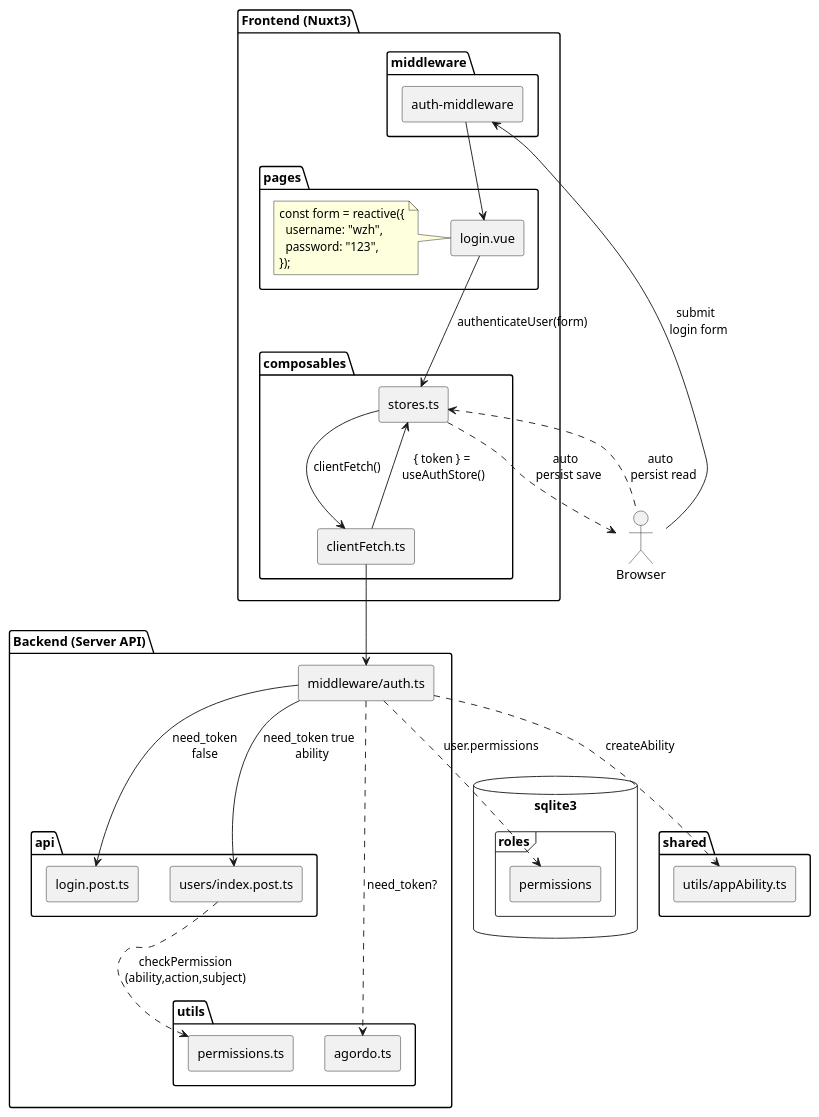
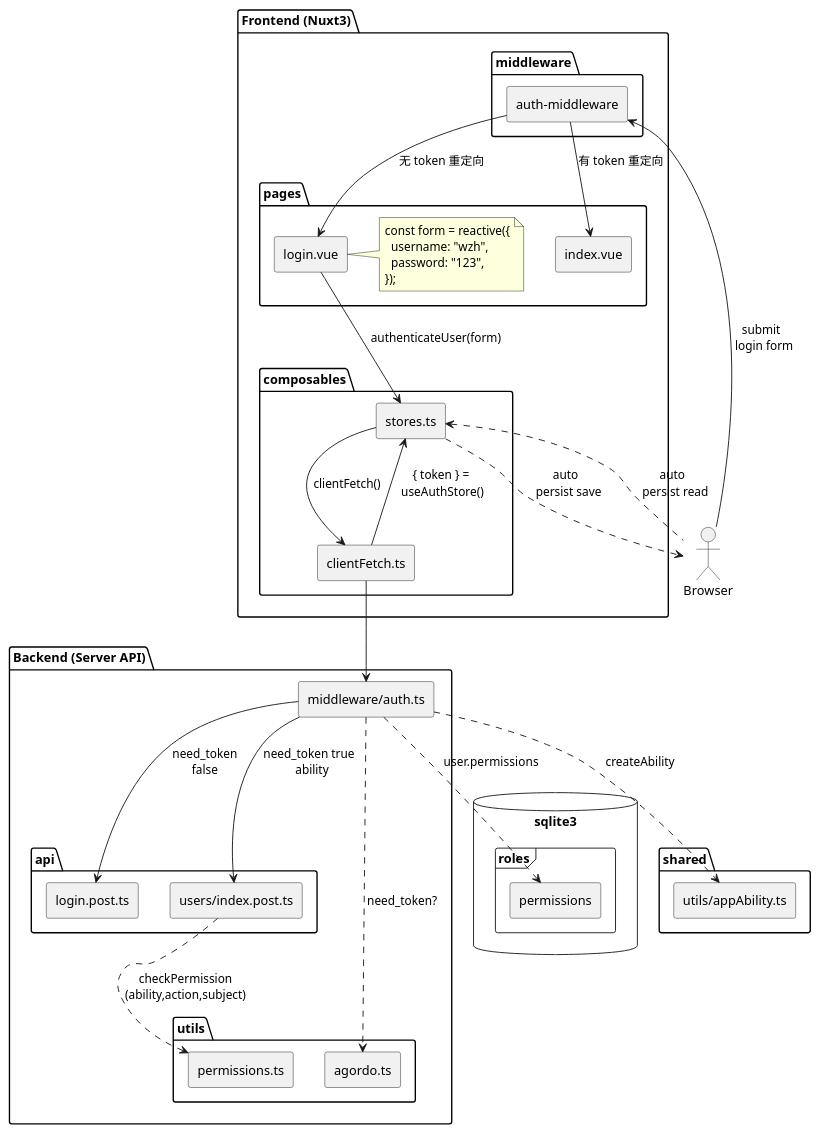
The diagram in nuxt/nuxt3/nuxt3.adoc (wangzhaohe/swot-learning), drawn with PlantUML before and after one commit. The commit also changed other lines of this file and 2 other files, not shown here.

```diff
--- a/nuxt/nuxt3/nuxt3.adoc
+++ b/nuxt/nuxt3/nuxt3.adoc
@@ -2290,67 +2290,69 @@
 [plantuml, target=img/diagram-2025-05-30-233449, format=svg]
 ....
 @startuml
 skinparam componentStyle rectangle
 
 database "sqlite3" {
   frame "roles" {
     [permissions]
   }
 }
 
 actor Browser
 
 package "shared" {
     [utils/appAbility.ts]
 }
 
 package "Frontend (Nuxt3)" {
   package "pages" {
     [login.vue]
     note left of [login.vue]
       const form = reactive({
         username: "wzh",
         password: "123",
       });
     end note
+    [index.vue]
   }
   package "composables" {
     [stores.ts]
     [clientFetch.ts]
   }
   package "middleware" {
     [auth-middleware]
   }
 }
 
 package "Backend (Server API)" {
     package "api" {
       [login.post.ts]
       [users/index.post.ts]
     }
     package "utils" {
       [agordo.ts]
       [permissions.ts]
     }
     [middleware/auth.ts]
 }
 
 Browser --> [auth-middleware] : submit \n login form
-[auth-middleware] --> [login.vue]
+[auth-middleware] --> [login.vue]: 无 token 重定向
+[auth-middleware] --> [index.vue]: 有 token 重定向
 [login.vue] --> [stores.ts] : authenticateUser(form)
 
 [clientFetch.ts] --> [stores.ts] : { token } =\n useAuthStore()
 [stores.ts] --> [clientFetch.ts] : clientFetch()
 [clientFetch.ts] --> [middleware/auth.ts]
 
 [middleware/auth.ts] ..> [agordo.ts]: need_token?
 [middleware/auth.ts] --> [login.post.ts] : need_token\nfalse
 [middleware/auth.ts] --> [users/index.post.ts] : need_token true \n ability
 [stores.ts] ..> Browser : auto \n persist save
 [stores.ts] <.. Browser : auto \n persist read
 
 [users/index.post.ts] ..> [permissions.ts] : checkPermission\n(ability,action,subject)
 [middleware/auth.ts] ..> [permissions] : user.permissions
 [middleware/auth.ts] ..> [utils/appAbility.ts] : createAbility
 @enduml
 ....
```
